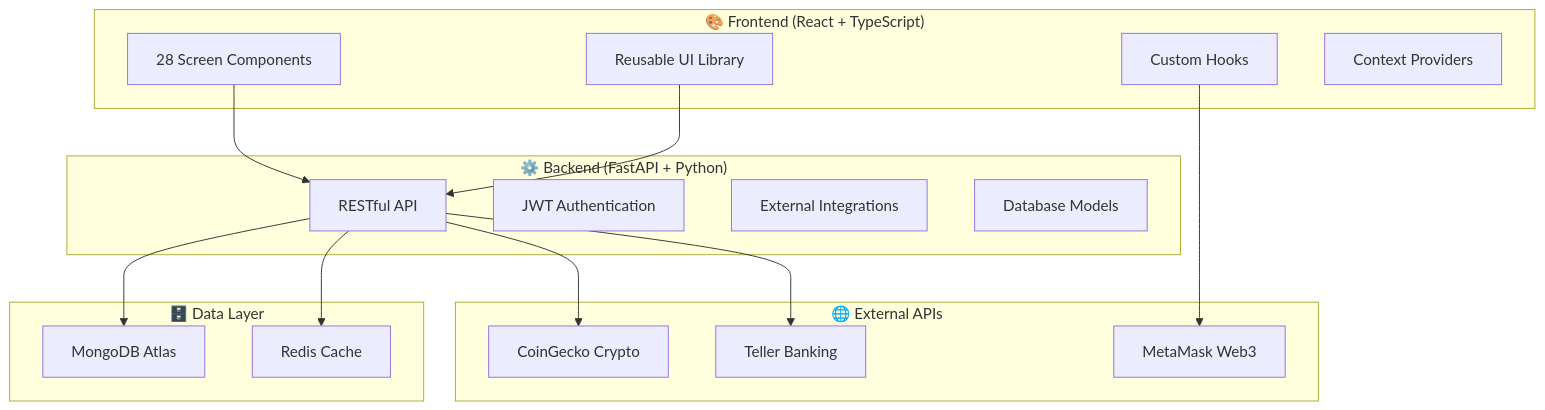
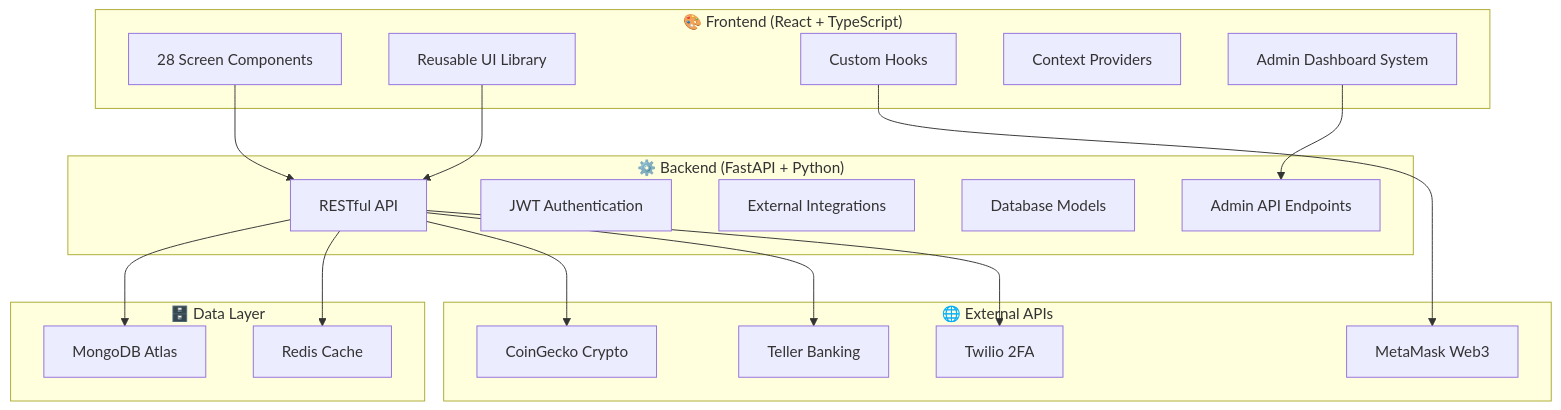
Before and after one commit to VonArtis/TG-Mini-App: the diagram in README.md, drawn with Mermaid. The commit also changed other lines of this file and 1 other file, not shown here.

````diff
--- a/README.md
+++ b/README.md
@@ -531,35 +677,40 @@
 ```mermaid
 graph TB
     subgraph Frontend["🎨 Frontend (React + TypeScript)"]
         A[28 Screen Components]
         B[Reusable UI Library] 
         C[Custom Hooks]
         D[Context Providers]
+        E[Admin Dashboard System]
     end
     
     subgraph Backend["⚙️ Backend (FastAPI + Python)"]
-        E[RESTful API]
-        F[JWT Authentication]
-        G[External Integrations]
-        H[Database Models]
+        F[RESTful API]
+        G[JWT Authentication]
+        H[External Integrations]
+        I[Database Models]
+        J[Admin API Endpoints]
     end
     
     subgraph DataLayer["🗄️ Data Layer"]
-        I[MongoDB Atlas]
-        J[Redis Cache]
+        K[MongoDB Atlas]
+        L[Redis Cache]
     end
     
     subgraph ExternalAPIs["🌐 External APIs"]
-        K[CoinGecko Crypto]
-        L[Teller Banking]
-        M[MetaMask Web3]
+        M[CoinGecko Crypto]
+        N[Teller Banking]
+        O[MetaMask Web3]
+        P[Twilio 2FA]
     end
     
-    A --> E
-    B --> E
-    E --> I
+    A --> F
+    B --> F
     E --> J
-    E --> K
-    E --> L
-    C --> M
+    F --> K
+    F --> L
+    F --> M
+    F --> N
+    C --> O
+    F --> P
 ```
````
